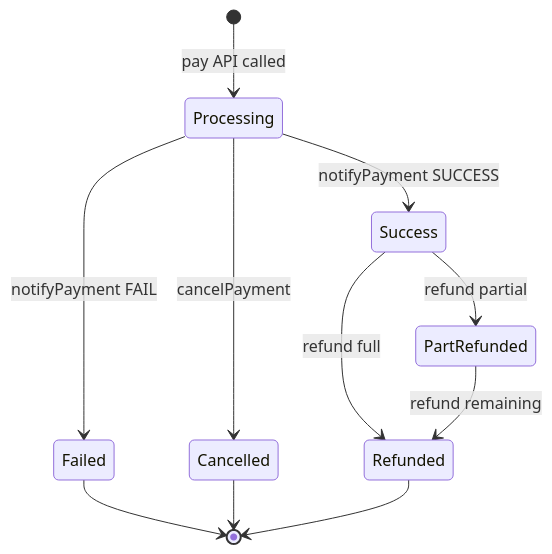
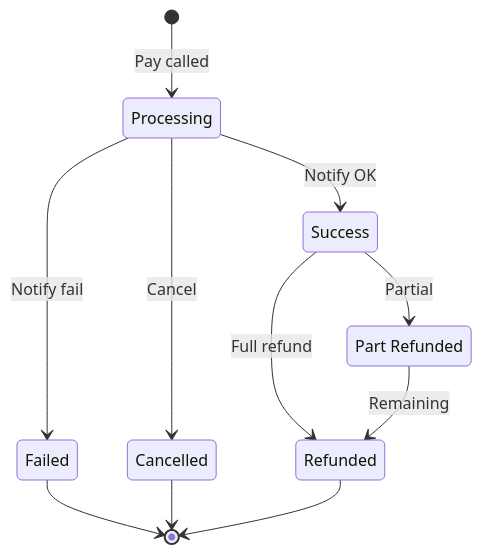
The second of 4 diagrams in Documents/Work/Projects/APM/output/alipayplus/PRD.md (ajnarasi/apm-checkout), drawn with Mermaid before and after one commit. The commit also changed 13 other files, not shown here.

````diff
--- a/Documents/Work/Projects/APM/output/alipayplus/PRD.md
+++ b/Documents/Work/Projects/APM/output/alipayplus/PRD.md
@@ -109,13 +109,20 @@
 ```mermaid
 stateDiagram-v2
-    [*] --> Processing : pay API called
-    Processing --> Success : notifyPayment SUCCESS
-    Processing --> Failed : notifyPayment FAIL
-    Processing --> Cancelled : cancelPayment
-    Success --> Refunded : refund full
-    Success --> PartRefunded : refund partial
-    PartRefunded --> Refunded : refund remaining
-    Failed --> [*]
-    Cancelled --> [*]
-    Refunded --> [*]
+    state "Processing" as PR
+    state "Success" as SU
+    state "Failed" as FA
+    state "Cancelled" as CA
+    state "Refunded" as RE
+    state "Part Refunded" as PF
+
+    [*] --> PR : Pay called
+    PR --> SU : Notify OK
+    PR --> FA : Notify fail
+    PR --> CA : Cancel
+    SU --> RE : Full refund
+    SU --> PF : Partial
+    PF --> RE : Remaining
+    FA --> [*]
+    CA --> [*]
+    RE --> [*]
 ```
````
